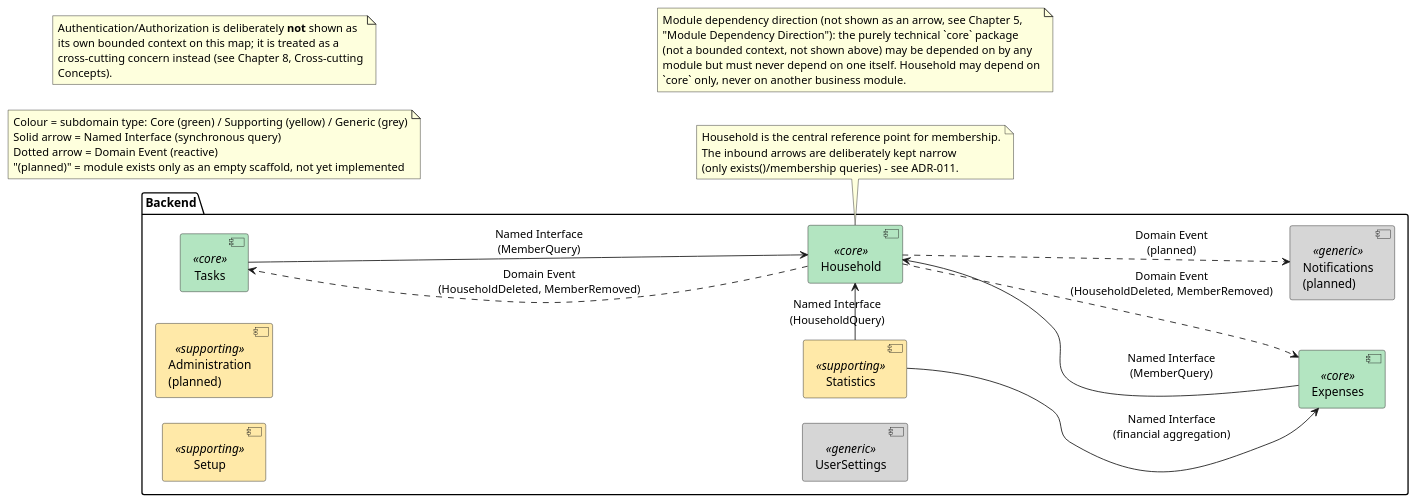
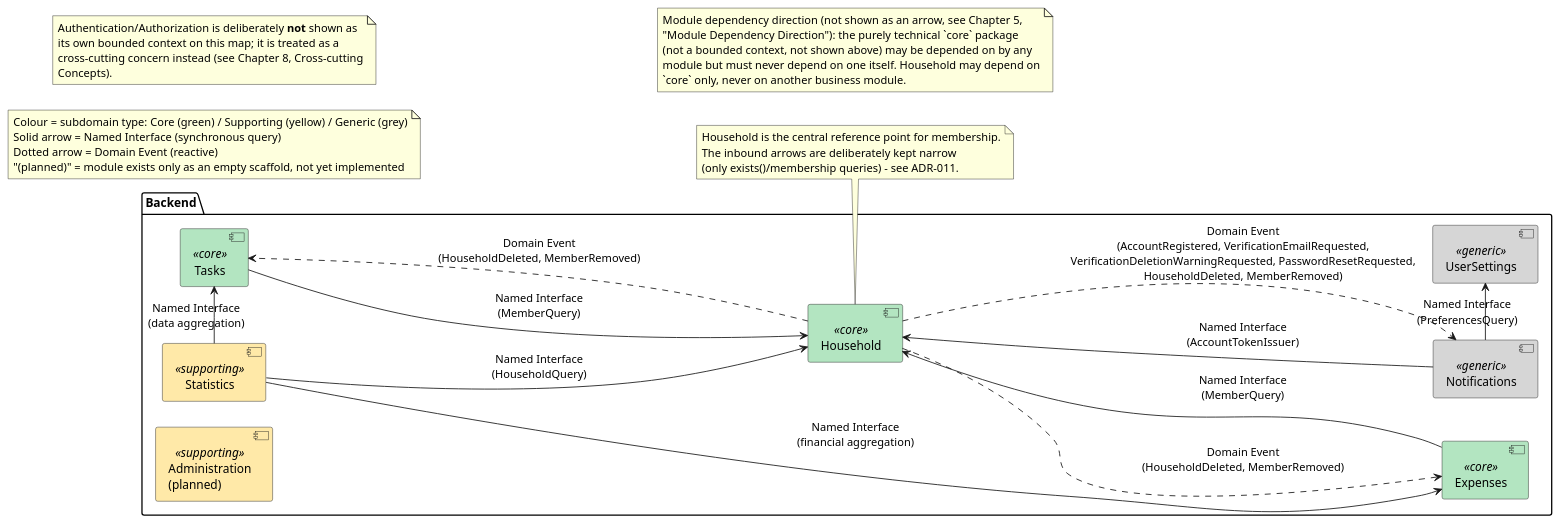
The diagram in docs/architecture/images/context_map.puml (Nicklas2751/LibreHousehold), drawn with PlantUML before and after one commit. The commit also changed 8 other files, not shown here.

```diff
--- a/docs/architecture/images/context_map.puml
+++ b/docs/architecture/images/context_map.puml
@@ -1,60 +1,62 @@
 @startuml
 left to right direction
 skinparam componentFontColor automatic
 skinparam component {
   backgroundColor<<core>> #B3E5C1
   backgroundColor<<supporting>> #FFE9A8
   backgroundColor<<generic>> #D6D6D6
 }
 skinparam nodesep 30
 skinparam ranksep 40
 
 package "Backend" {
     component "Household" <<core>> as household
     component "Tasks" <<core>> as tasks
     component "Expenses" <<core>> as expenses
     component "Statistics" <<supporting>> as statistics
-    component "Setup" <<supporting>> as setup
     component "Administration\n(planned)" <<supporting>> as administration
     component "UserSettings" <<generic>> as usersettings
-    component "Notifications\n(planned)" <<generic>> as notifications
+    component "Notifications" <<generic>> as notifications
 }
 
 tasks -> household : Named Interface\n(MemberQuery)
 expenses -> household : Named Interface\n(MemberQuery)
 statistics -> household : Named Interface\n(HouseholdQuery)
 statistics -> expenses : Named Interface\n(financial aggregation)
+statistics -> tasks : Named Interface\n(data aggregation)
 
 household ..> tasks : Domain Event\n(HouseholdDeleted, MemberRemoved)
 household ..> expenses : Domain Event\n(HouseholdDeleted, MemberRemoved)
-household ..> notifications : Domain Event\n(planned)
+household ..> notifications : Domain Event\n(AccountRegistered, VerificationEmailRequested,\nVerificationDeletionWarningRequested, PasswordResetRequested,\nHouseholdDeleted, MemberRemoved)
+notifications -> household : Named Interface\n(AccountTokenIssuer)
+notifications -> usersettings : Named Interface\n(PreferencesQuery)
 
 note bottom of household
   Household is the central reference point for membership.
   The inbound arrows are deliberately kept narrow
   (only exists()/membership queries) - see ADR-011.
 end note
 
 note as N1
   Authentication/Authorization is deliberately **not** shown as
   its own bounded context on this map; it is treated as a
   cross-cutting concern instead (see Chapter 8, Cross-cutting
   Concepts).
 end note
 
 note as N2
   Colour = subdomain type: Core (green) / Supporting (yellow) / Generic (grey)
   Solid arrow = Named Interface (synchronous query)
   Dotted arrow = Domain Event (reactive)
   "(planned)" = module exists only as an empty scaffold, not yet implemented
 end note
 
 note as N3
   Module dependency direction (not shown as an arrow, see Chapter 5,
   "Module Dependency Direction"): the purely technical `core` package
   (not a bounded context, not shown above) may be depended on by any
   module but must never depend on one itself. Household may depend on
   `core` only, never on another business module.
 end note
 
 @enduml
```
